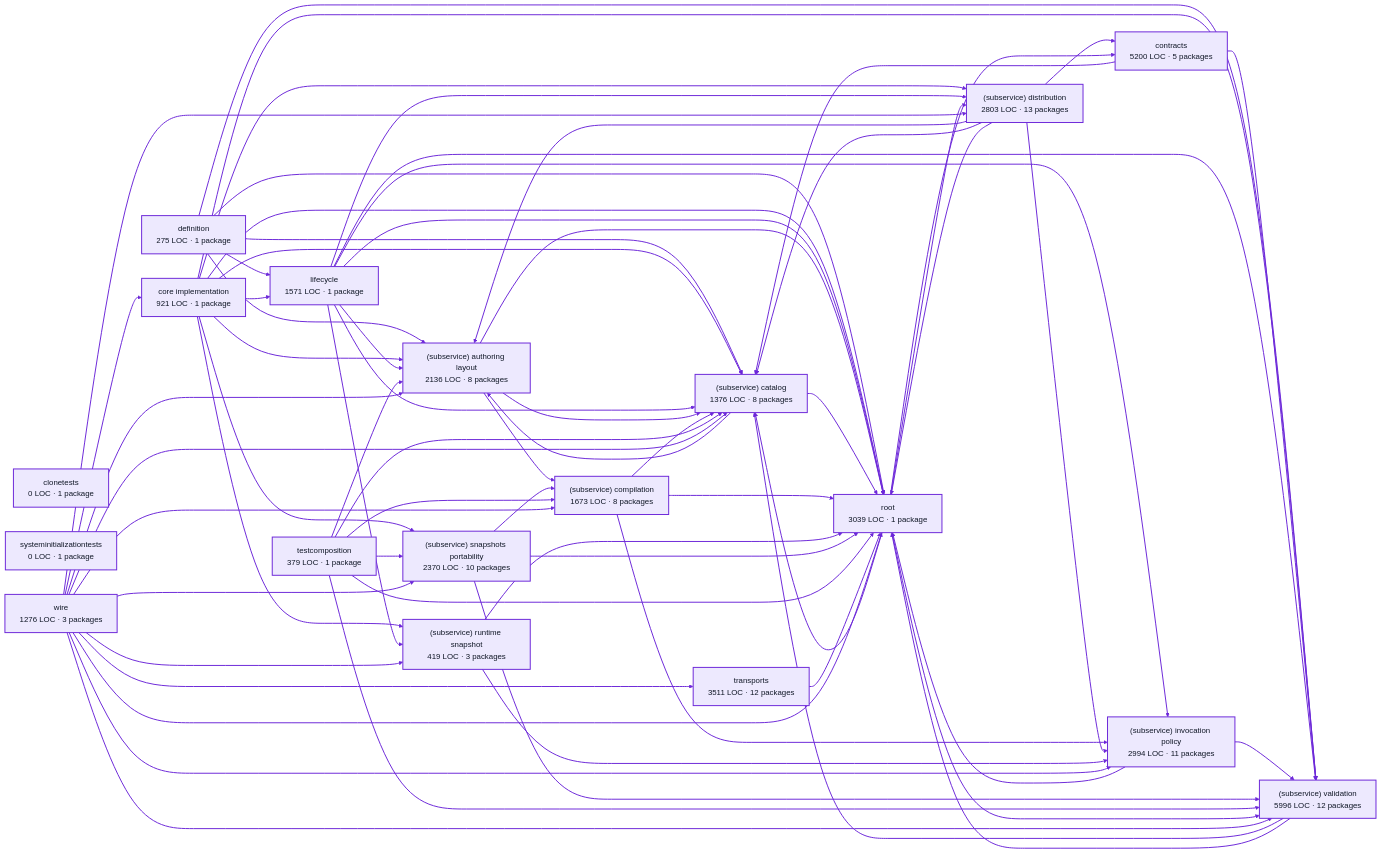
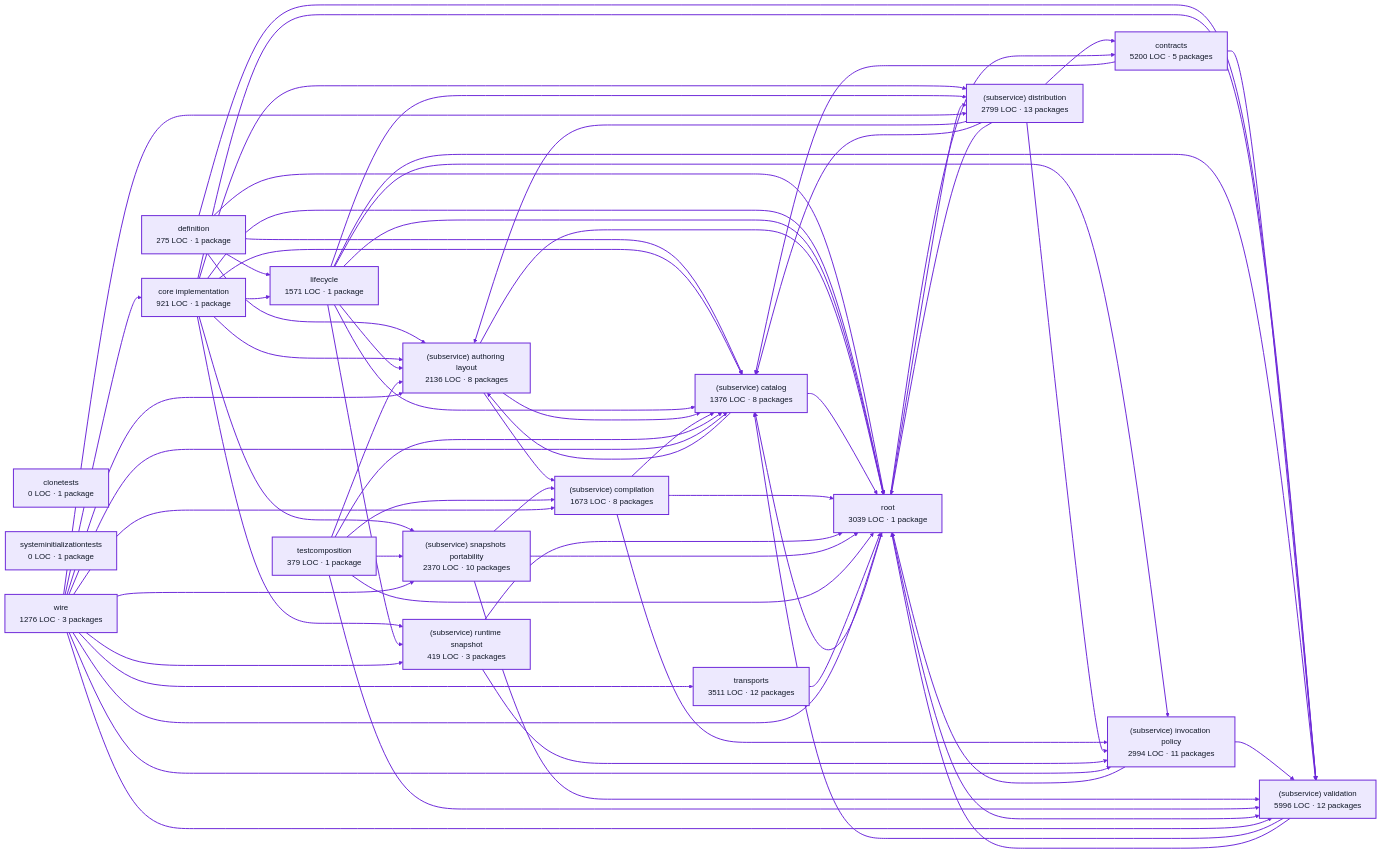
One commit to portpowered/you-agent-factory changed the diagram in docs/architecture/visualizations/services/factory_definitions.md. Above: the diagram before and after it, drawn with Mermaid (neutral theme). The commit also changed other lines of this file and 20 other files, not shown here.

Commit message:
docs: refresh backend architecture visualizations

```diff
--- a/docs/architecture/visualizations/services/factory_definitions.md
+++ b/docs/architecture/visualizations/services/factory_definitions.md
@@ -18,7 +18,7 @@
   p5["(subservice) authoring layout<br/>2136 LOC · 8 packages"]
   p6["(subservice) catalog<br/>1376 LOC · 8 packages"]
   p7["(subservice) compilation<br/>1673 LOC · 8 packages"]
-  p8["(subservice) distribution<br/>2803 LOC · 13 packages"]
+  p8["(subservice) distribution<br/>2799 LOC · 13 packages"]
   p9["(subservice) invocation policy<br/>2994 LOC · 11 packages"]
   p10["(subservice) runtime snapshot<br/>419 LOC · 3 packages"]
   p11["(subservice) snapshots portability<br/>2370 LOC · 10 packages"]
```
